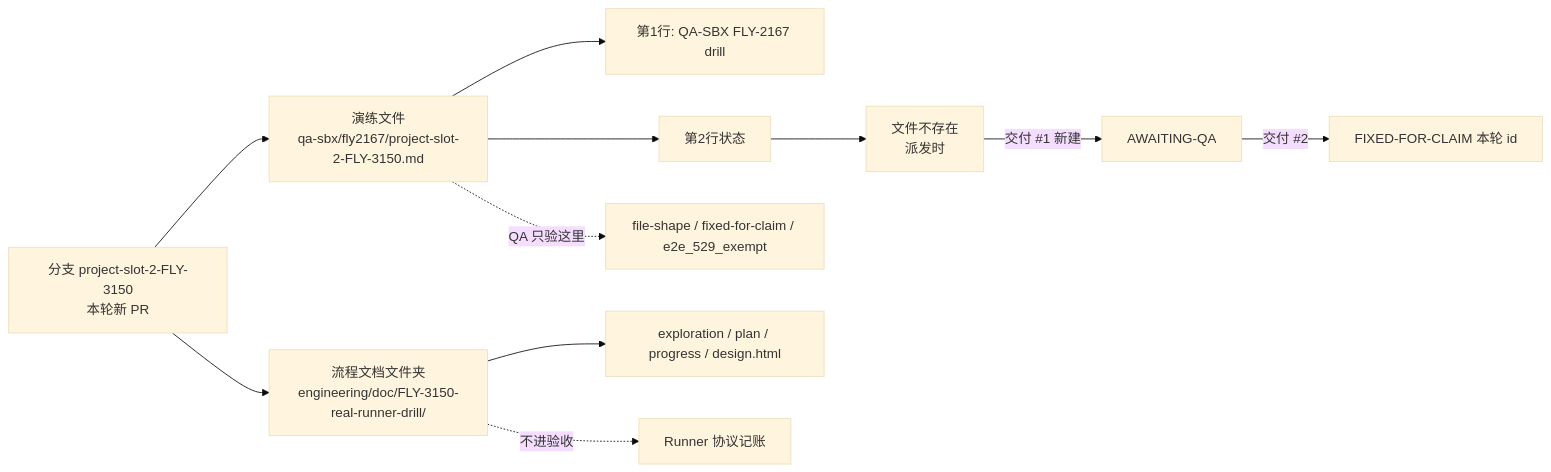
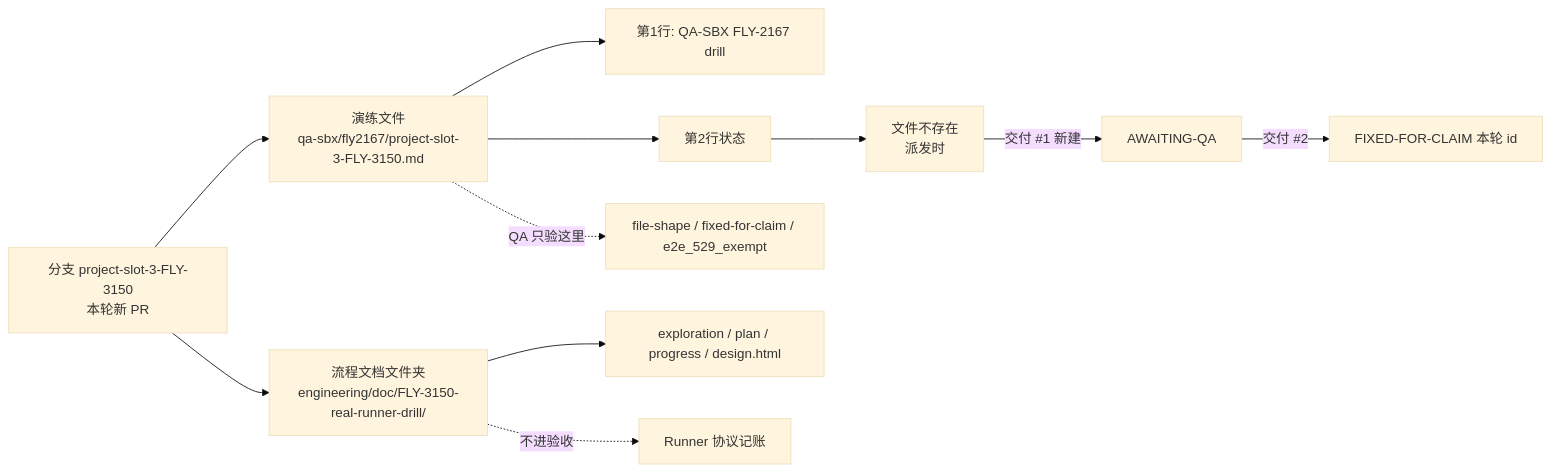
The diagram in engineering/doc/FLY-3150-real-runner-drill/d2-data-model.mmd (xrliAnnie/flywheel-qa-sandbox), drawn with Mermaid (base theme) before and after one commit. The commit also changed 5 other files, not shown here.

Commit message:
docs(design): FLY-3150 slot-3 founder design page + review record

```diff
--- a/engineering/doc/FLY-3150-real-runner-drill/d2-data-model.mmd
+++ b/engineering/doc/FLY-3150-real-runner-drill/d2-data-model.mmd
@@ -1,11 +1,11 @@
 flowchart LR
-    B["分支 project-slot-2-FLY-3150<br/>本轮新 PR"] --> T["演练文件<br/>qa-sbx/fly2167/project-slot-2-FLY-3150.md"]
+    B["分支 project-slot-3-FLY-3150<br/>本轮新 PR"] --> T["演练文件<br/>qa-sbx/fly2167/project-slot-3-FLY-3150.md"]
     B --> P["流程文档文件夹<br/>engineering/doc/FLY-3150-real-runner-drill/"]
     T --> L1["第1行: QA-SBX FLY-2167 drill"]
     T --> L2["第2行状态"]
     L2 --> S0["文件不存在<br/>派发时"]
     S0 -->|"交付 #1 新建"| S1["AWAITING-QA"]
     S1 -->|"交付 #2"| S2["FIXED-FOR-CLAIM 本轮 id"]
     P --> X["exploration / plan / progress / design.html"]
     T -. "QA 只验这里" .-> C["file-shape / fixed-for-claim / e2e_529_exempt"]
     P -. "不进验收" .-> N["Runner 协议记账"]
```
